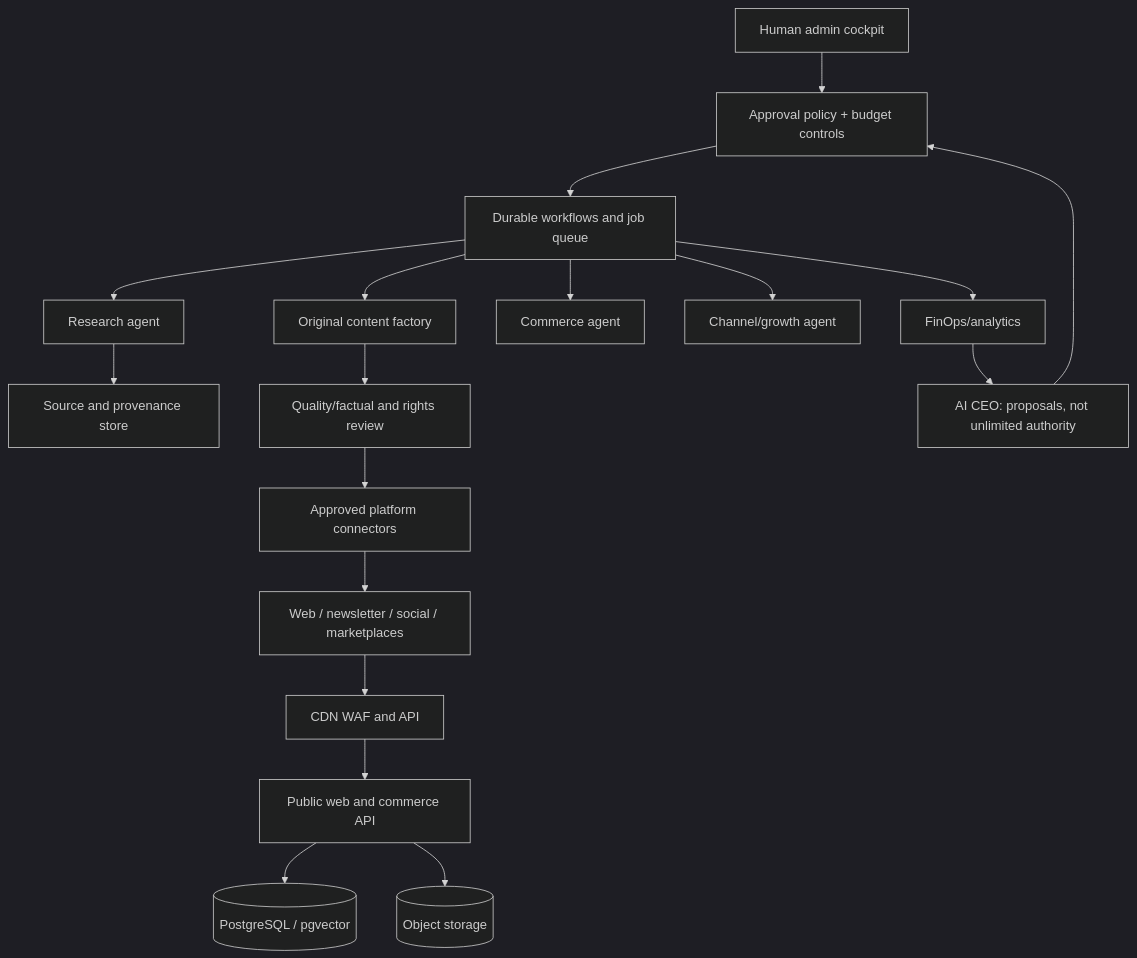
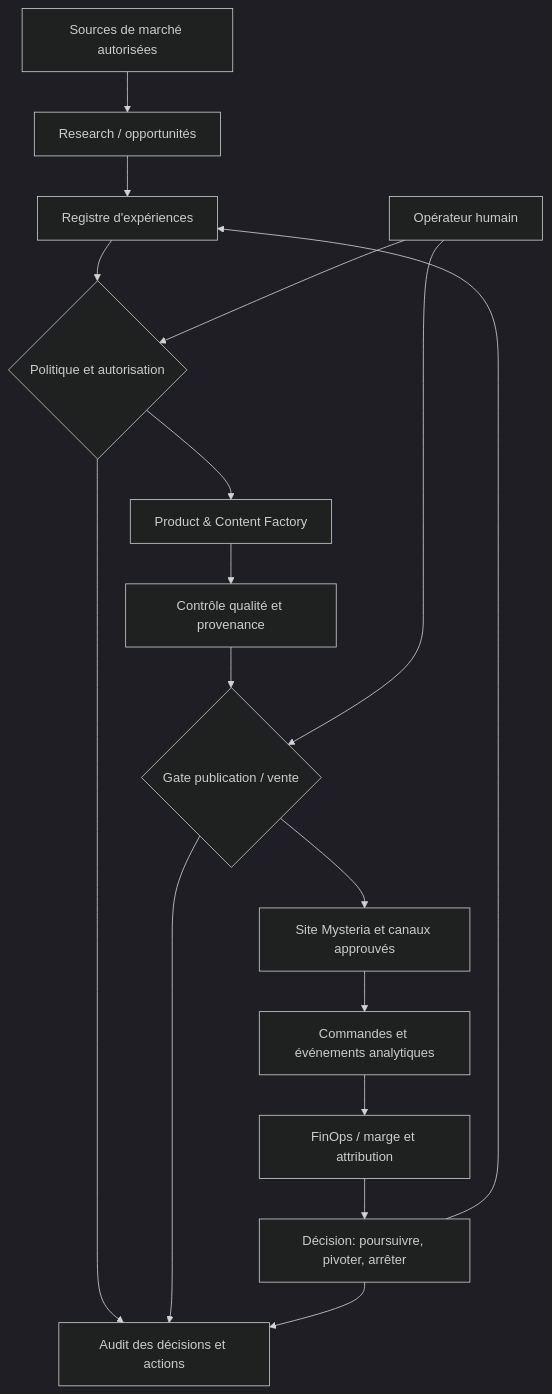
Before and after one commit to zdmooc/ysteria-ai-autonomous-business-platform: the diagram in docs/ARCHITECTURE.md, drawn with Mermaid (dark theme). The commit also changed other lines of this file, not shown here.

Commit message:
docs: refocus docs/ARCHITECTURE.md on platform-first commercial validation

````diff
--- a/docs/ARCHITECTURE.md
+++ b/docs/ARCHITECTURE.md
@@ -5,20 +11,19 @@
 ```mermaid
 flowchart TD
-  Channels[Web / newsletter / social / marketplaces] --> Edge[CDN WAF and API]
-  Edge --> App[Public web and commerce API]
-  App --> DB[(PostgreSQL / pgvector)]
-  App --> Storage[(Object storage)]
-  Operator[Human admin cockpit] --> Policy[Approval policy + budget controls]
-  CEO[AI CEO: proposals, not unlimited authority] --> Policy
-  Policy --> Queue[Durable workflows and job queue]
-  Queue --> Research[Research agent]
-  Queue --> Media[Original content factory]
-  Queue --> Commerce[Commerce agent]
-  Queue --> Growth[Channel/growth agent]
-  Queue --> Finance[FinOps/analytics]
-  Research --> Evidence[Source and provenance store]
-  Media --> Review[Quality/factual and rights review]
-  Review --> Publish[Approved platform connectors]
-  Publish --> Channels
-  Finance --> CEO
-  ```
+  O[Sources de marché autorisées] --> R[Research / opportunités]
+  R --> E[Registre d'expériences]
+  E --> P{Politique et autorisation}
+  H[Opérateur humain] --> P
+  P --> C[Product & Content Factory]
+  C --> Q[Contrôle qualité et provenance]
+  Q --> G{Gate publication / vente}
+  H --> G
+  G --> W[Site Mysteria et canaux approuvés]
+  W --> T[Commandes et événements analytiques]
+  T --> F[FinOps / marge et attribution]
+  F --> D[Décision: poursuivre, pivoter, arrêter]
+  D --> E
+  P --> A[Audit des décisions et actions]
+  G --> A
+  D --> A
+```
````
